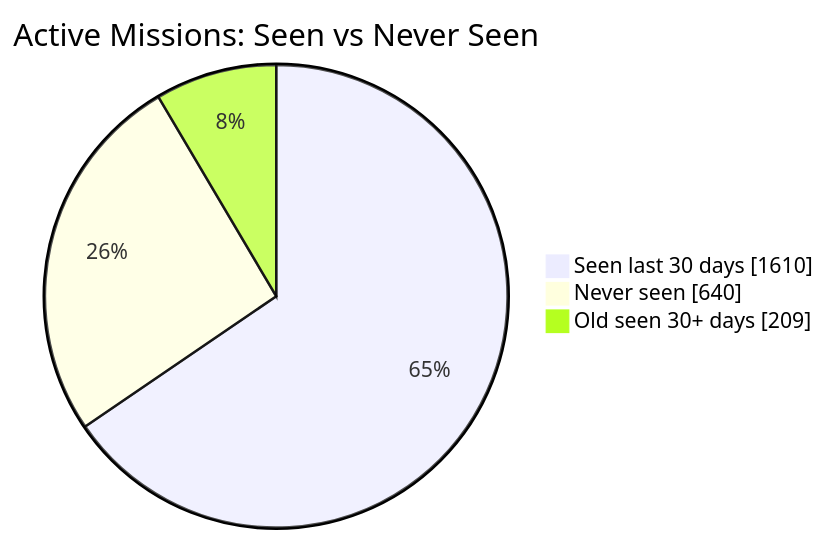
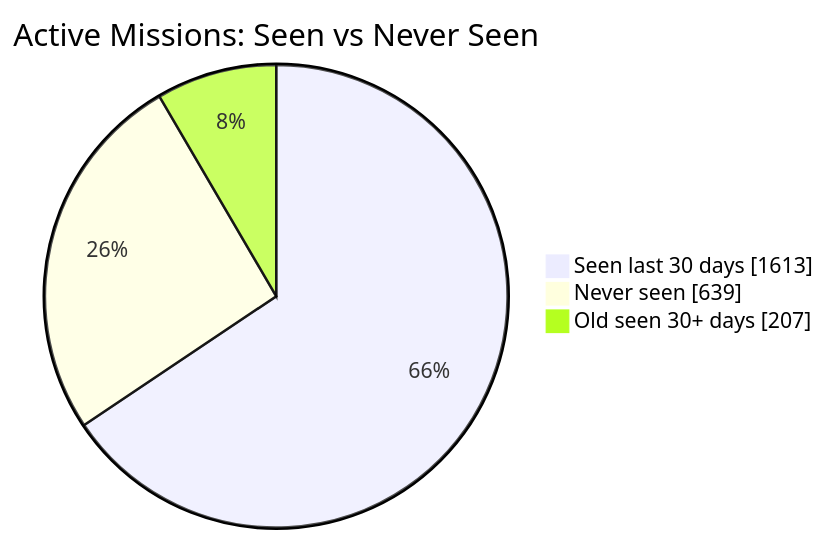
Before and after one commit to MeldkamerspelGameTeam/active-missions: the first of 2 diagrams in README.md, drawn with Mermaid. The commit also changed other lines of this file and 3 other files, not shown here.

````diff
--- a/README.md
+++ b/README.md
@@ -34,7 +34,7 @@
 ```mermaid
 pie showData
     title Active Missions: Seen vs Never Seen
-    "Seen last 30 days" : 1610
-    "Never seen" : 640
-    "Old seen 30+ days" : 209
+    "Seen last 30 days" : 1613
+    "Never seen" : 639
+    "Old seen 30+ days" : 207
 ```
````
